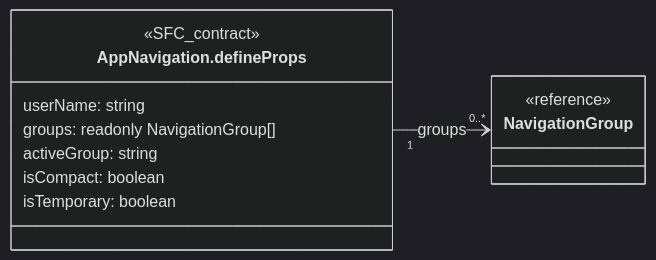
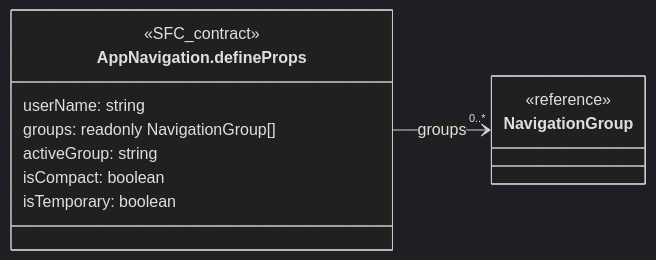
One commit to gpgsistemas01/nexus changed the first of 23 diagrams in front/docs/architecture/views/logical/type-reference/app.md. Above: the diagram before and after it, drawn with Mermaid (dark theme). The commit also changed other lines of this file and 158 other files, not shown here.

````diff
--- a/front/docs/architecture/views/logical/type-reference/app.md
+++ b/front/docs/architecture/views/logical/type-reference/app.md
@@ -25,16 +25,16 @@
 ```mermaid
 classDiagram
     direction LR
     class Subject["AppNavigation.defineProps"] {
         <<SFC_contract>>
         userName: string
         groups: readonly NavigationGroup[]
         activeGroup: string
         isCompact: boolean
         isTemporary: boolean
     }
     class R0["NavigationGroup"] {
         <<reference>>
     }
-    Subject "1" --> "0..*" R0 : groups
+    Subject --> "0..*" R0 : groups
 ```
````
